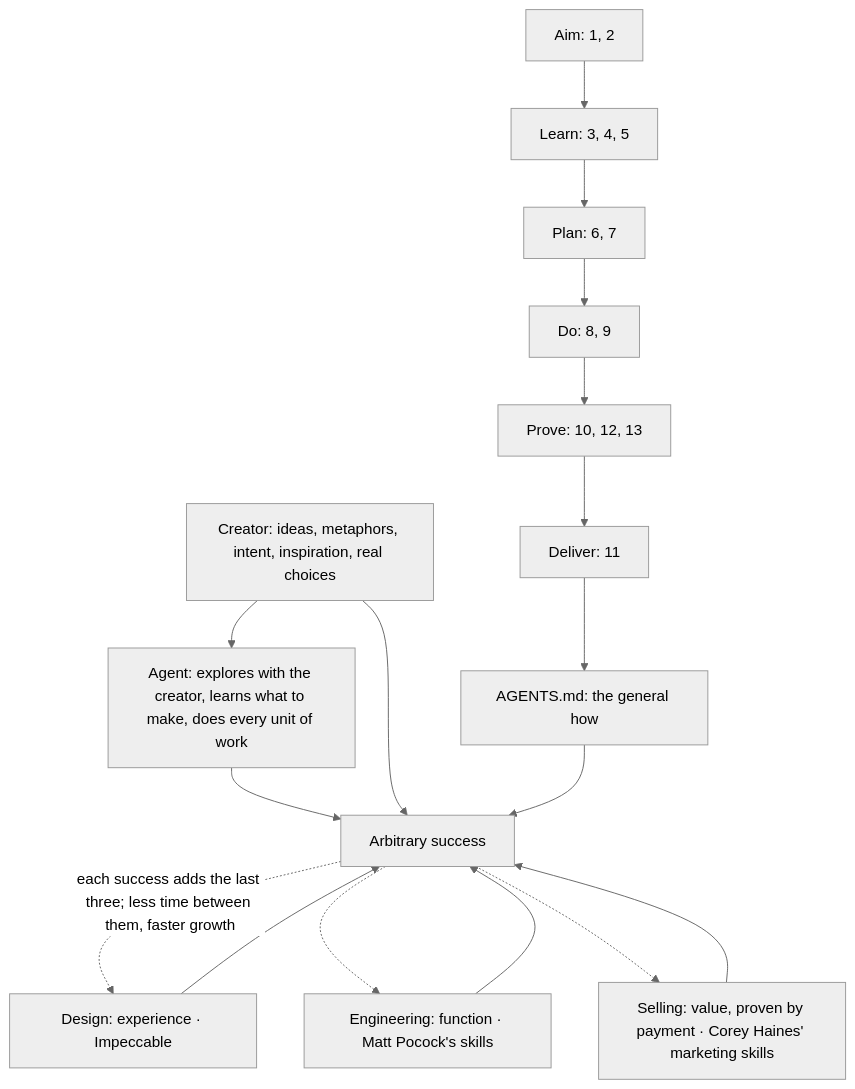
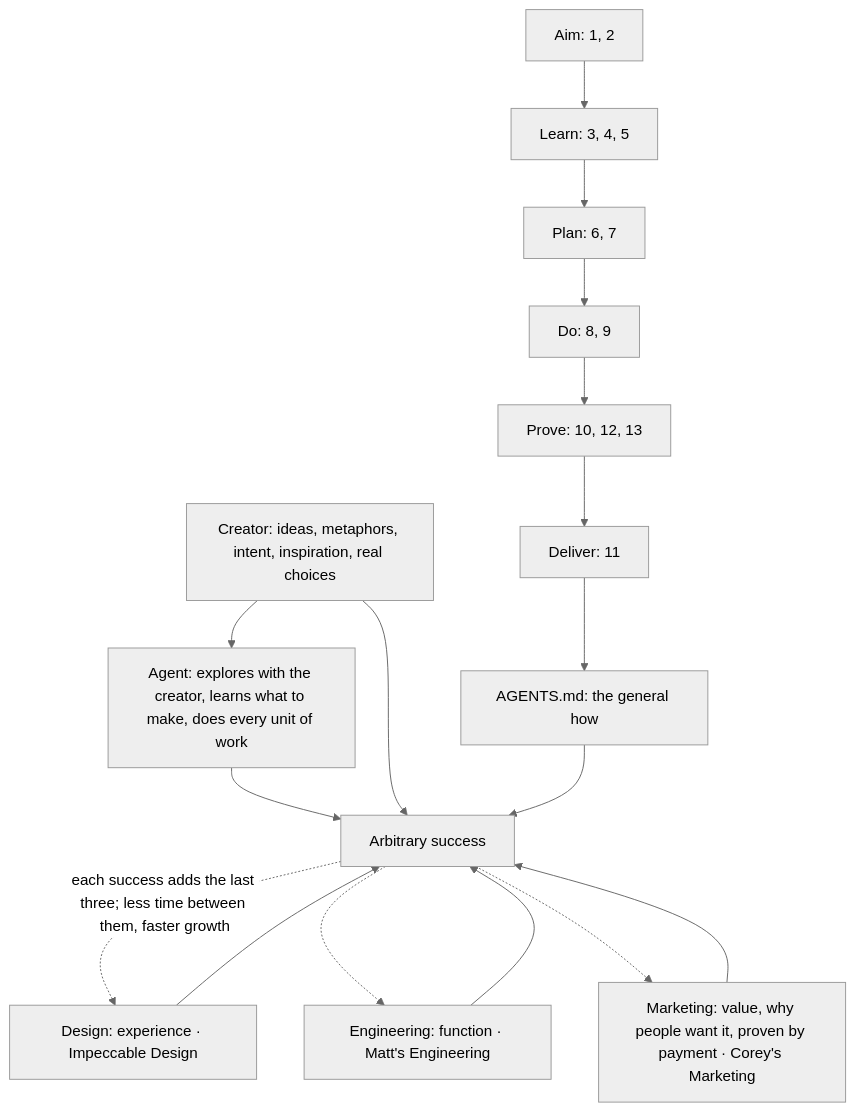
The first of 14 diagrams in AGENTS.md (SolenixAI/arbiter), drawn with Mermaid (neutral theme) before and after one commit. The commit also changed other lines of this file, not shown here.

````diff
--- a/AGENTS.md
+++ b/AGENTS.md
@@ -22,14 +22,14 @@
 ```mermaid
 flowchart TD
   A[Aim: 1, 2] --> L[Learn: 3, 4, 5] --> P[Plan: 6, 7] --> D[Do: 8, 9] --> V[Prove: 10, 12, 13] --> O[Deliver: 11] --> F[AGENTS.md: the general how]
   CR[Creator: ideas, metaphors, intent, inspiration, real choices] --> AG[Agent: explores with the creator, learns what to make, does every unit of work]
   AG --> S[Arbitrary success]
   CR --> S
   F --> S
-  DS[Design: experience · Impeccable] --> S
-  EG[Engineering: function · Matt Pocock's skills] --> S
-  SL[Selling: value, proven by payment · Corey Haines' marketing skills] --> S
+  DS[Design: experience · Impeccable Design] --> S
+  EG[Engineering: function · Matt's Engineering] --> S
+  SL[Marketing: value, why people want it, proven by payment · Corey's Marketing] --> S
   S -.->|each success adds the last three; less time between them, faster growth| DS
   S -.-> EG
   S -.-> SL
 ```
````
